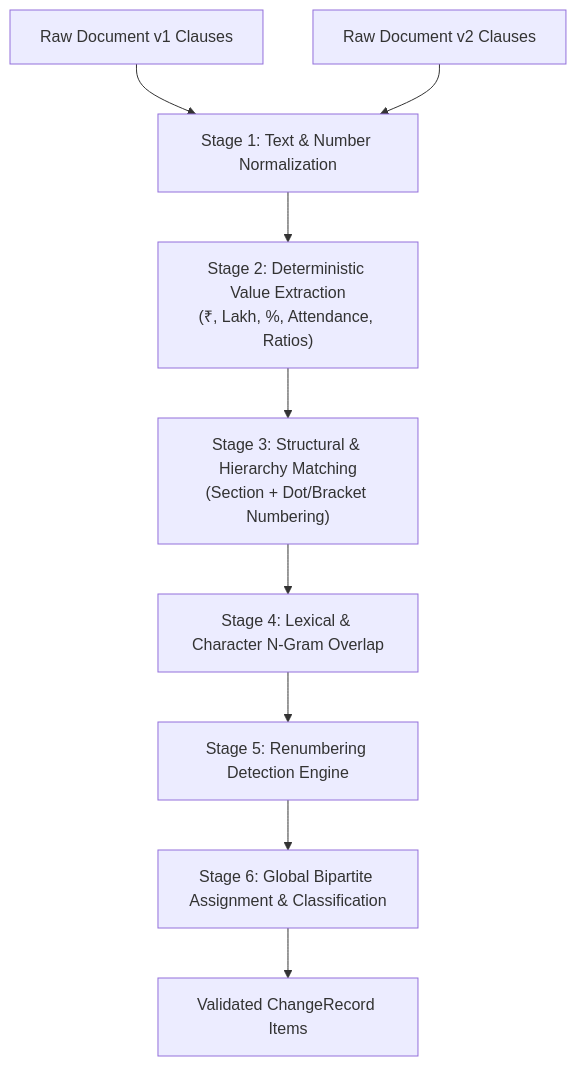
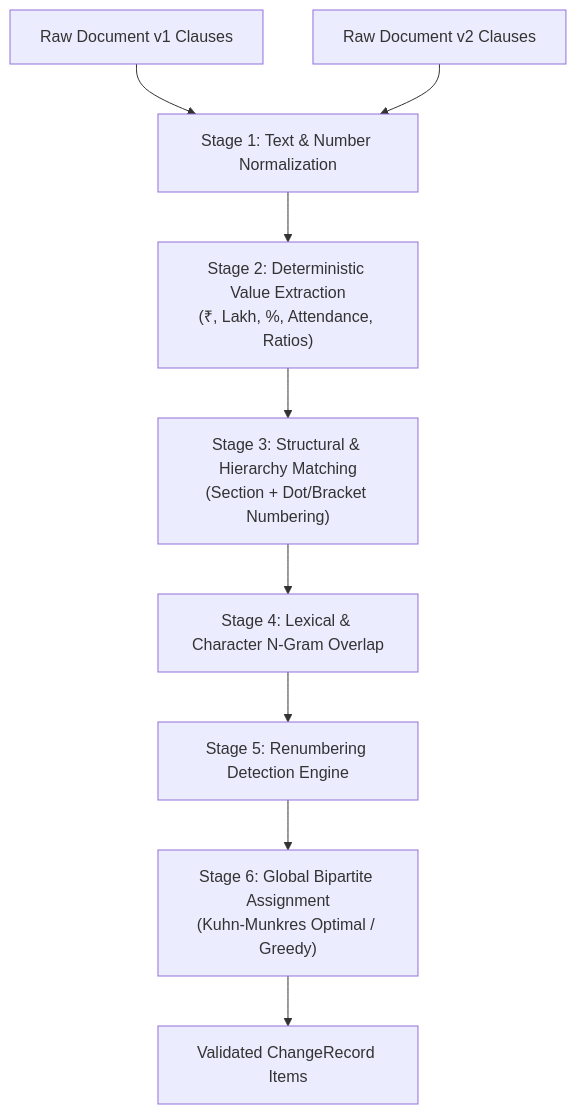
One commit to Chakshan-Arora/Forge26 changed the diagram in docs/change_detection_methodology.md. Above: the diagram before and after it, drawn with Mermaid. The commit also changed other lines of this file and 9 other files, not shown here.

````diff
--- a/docs/change_detection_methodology.md
+++ b/docs/change_detection_methodology.md
@@ -21,11 +21,11 @@
 ```mermaid
 flowchart TD
     A["Raw Document v1 Clauses"] --> B["Stage 1: Text & Number Normalization"]
     C["Raw Document v2 Clauses"] --> B
     B --> D["Stage 2: Deterministic Value Extraction<br/>(₹, Lakh, %, Attendance, Ratios)"]
     D --> E["Stage 3: Structural & Hierarchy Matching<br/>(Section + Dot/Bracket Numbering)"]
     E --> F["Stage 4: Lexical & Character N-Gram Overlap"]
     F --> G["Stage 5: Renumbering Detection Engine"]
-    G --> H["Stage 6: Global Bipartite Assignment & Classification"]
+    G --> H["Stage 6: Global Bipartite Assignment<br/>(Kuhn-Munkres Optimal / Greedy)"]
     H --> I["Validated ChangeRecord Items"]
 ```
````
